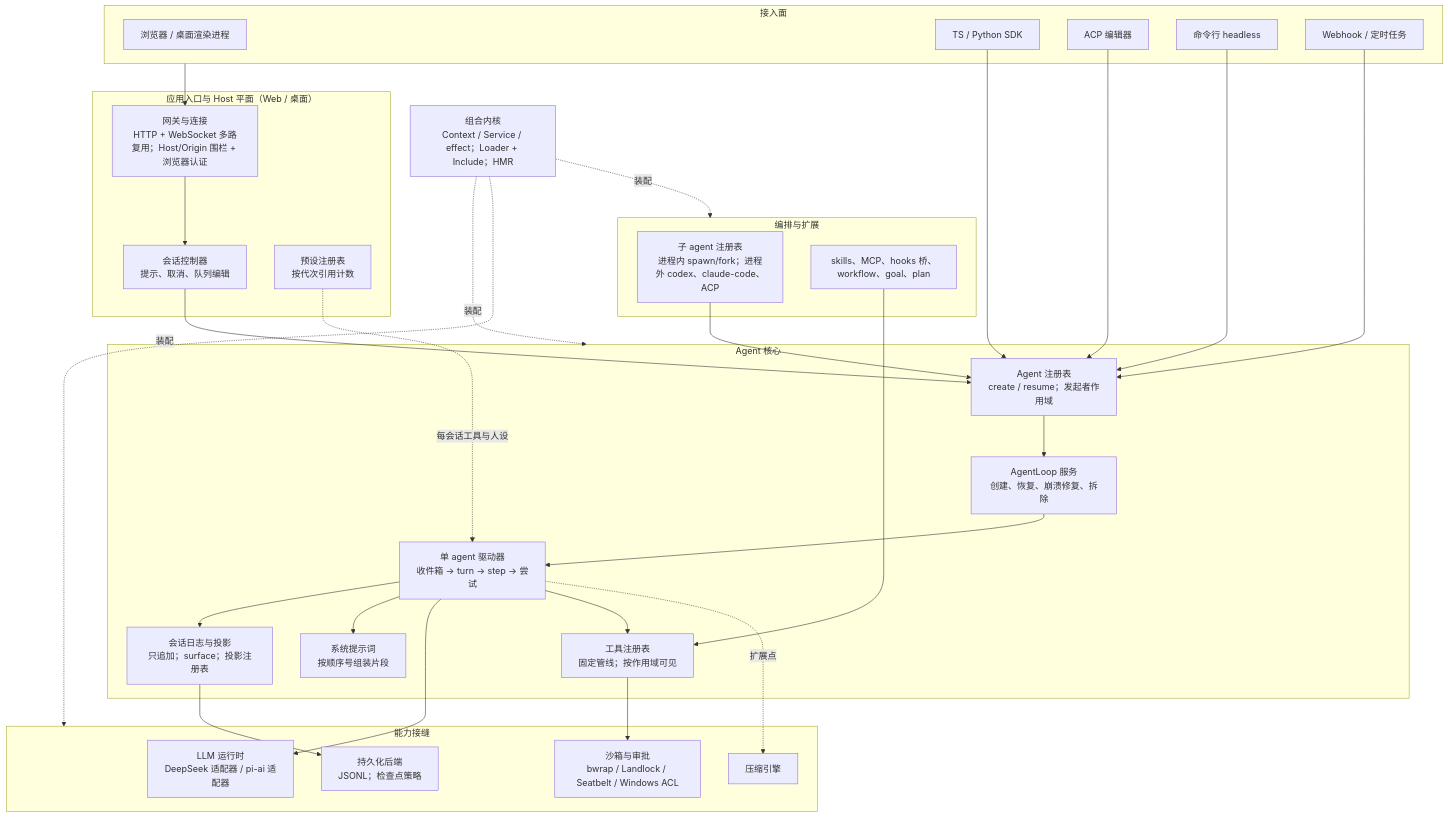
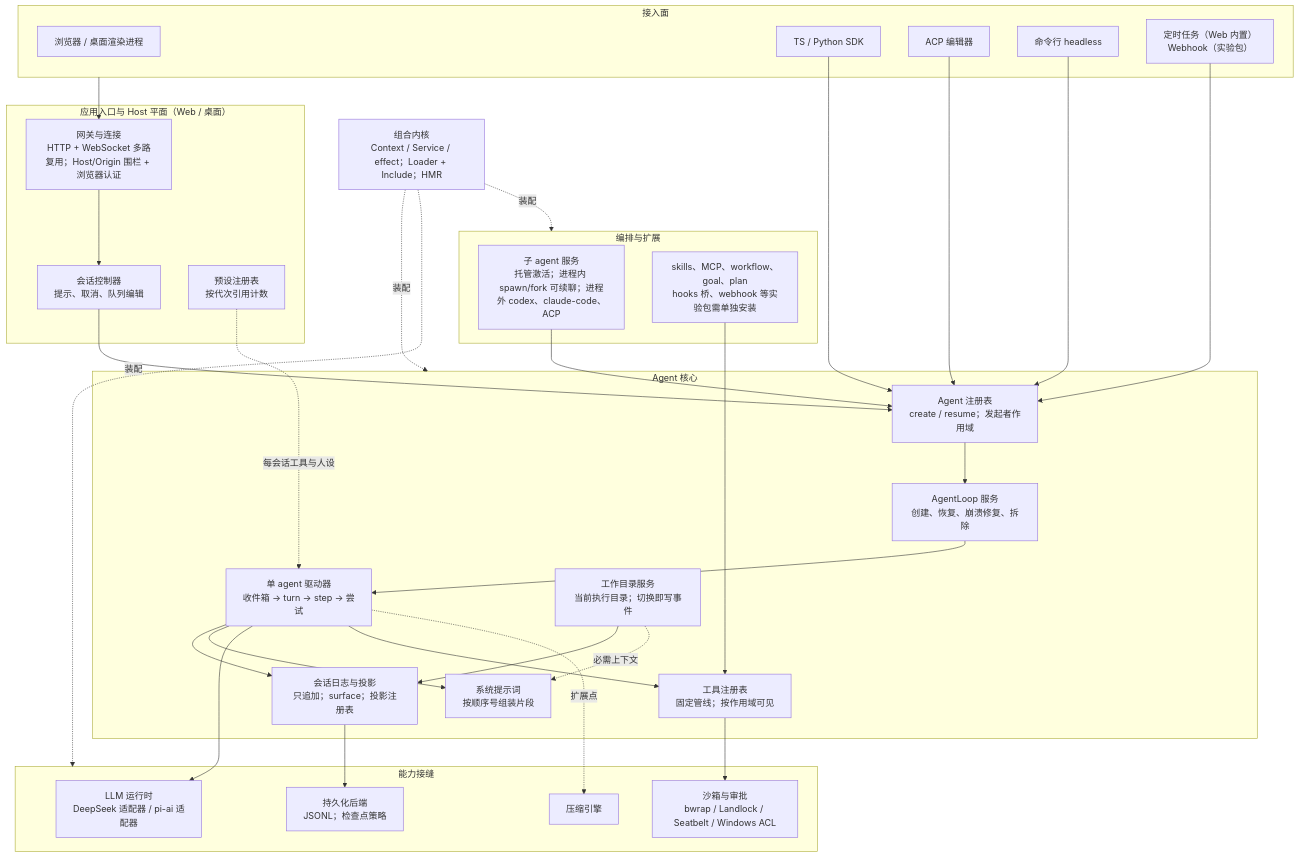
One commit to z20s11q/personal-blog changed the diagram in src/content/articles/dsh-architecture.md. Above: the diagram before and after it, drawn with Mermaid. The commit also changed other lines of this file and 17 other files, not shown here.

````diff
--- a/src/content/articles/dsh-architecture.md
+++ b/src/content/articles/dsh-architecture.md
@@ -62,52 +63,55 @@
 ```mermaid
 flowchart TB
   subgraph clients["接入面"]
     WEB[浏览器 / 桌面渲染进程]
     SDK[TS / Python SDK]
     ACP[ACP 编辑器]
     HL[命令行 headless]
-    HOOK[Webhook / 定时任务]
+    HOOK[定时任务（Web 内置）<br/>Webhook（实验包）]
   end
   subgraph host["应用入口与 Host 平面（Web / 桌面）"]
     GW["网关与连接<br/>HTTP + WebSocket 多路复用；Host/Origin 围栏 + 浏览器认证"]
     SC["会话控制器<br/>提示、取消、队列编辑"]
     PR["预设注册表<br/>按代次引用计数"]
   end
   subgraph core["Agent 核心"]
     AR["Agent 注册表<br/>create / resume；发起者作用域"]
     AL["AgentLoop 服务<br/>创建、恢复、崩溃修复、拆除"]
     RA["单 agent 驱动器<br/>收件箱 → turn → step → 尝试"]
     SS["会话日志与投影<br/>只追加；surface；投影注册表"]
+    WD["工作目录服务<br/>当前执行目录；切换即写事件"]
     SP["系统提示词<br/>按顺序号组装片段"]
     TR["工具注册表<br/>固定管线；按作用域可见"]
   end
   subgraph cap["能力接缝"]
     LLM["LLM 运行时<br/>DeepSeek 适配器 / pi-ai 适配器"]
     CMP["压缩引擎"]
     SBX["沙箱与审批<br/>bwrap / Landlock / Seatbelt / Windows ACL"]
     PER["持久化后端<br/>JSONL；检查点策略"]
   end
   subgraph orch["编排与扩展"]
-    SUB["子 agent 注册表<br/>进程内 spawn/fork；进程外 codex、claude-code、ACP"]
-    EXT["skills、MCP、hooks 桥、workflow、goal、plan"]
+    SUB["子 agent 服务<br/>托管激活；进程内 spawn/fork 可续聊；进程外 codex、claude-code、ACP"]
+    EXT["skills、MCP、workflow、goal、plan<br/>hooks 桥、webhook 等实验包需单独安装"]
   end
   KER["组合内核<br/>Context / Service / effect；Loader + Include；HMR"]
   clients --> GW --> SC --> AR
   SDK --> AR
   ACP --> AR
   HL --> AR
   HOOK --> AR
   AR --> AL --> RA
   RA --> SS
+  WD --> SS
+  WD -. 必需上下文 .-> SP
   RA --> SP
   RA --> LLM
   RA --> TR --> SBX
   RA -. 扩展点 .-> CMP
   SS --> PER
   SUB --> AR
   EXT --> TR
   KER -. 装配 .-> core
   KER -. 装配 .-> cap
   KER -. 装配 .-> orch
   PR -. 每会话工具与人设 .-> RA
 ```
````
